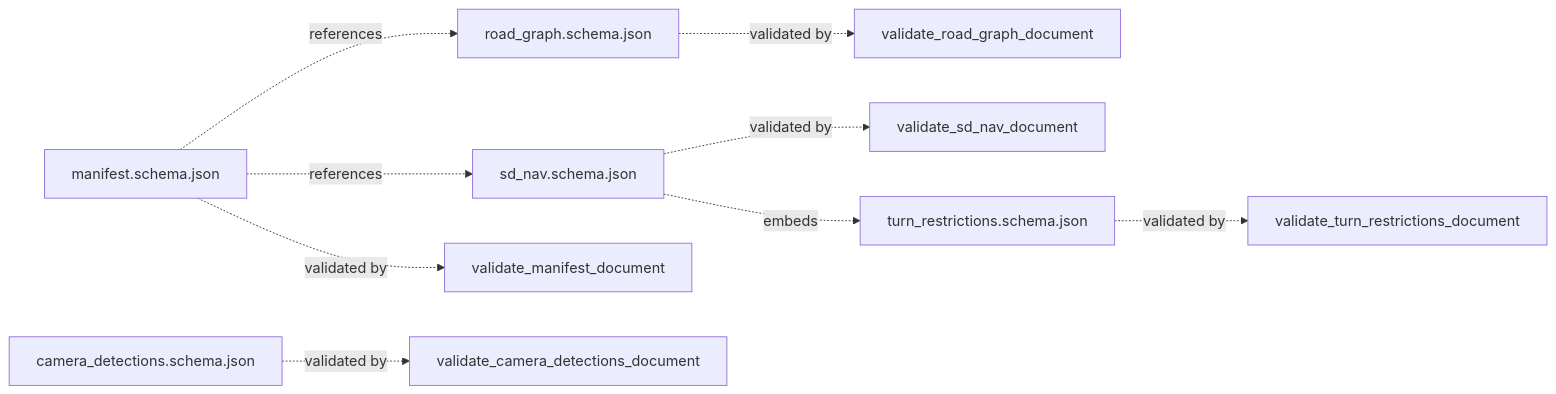
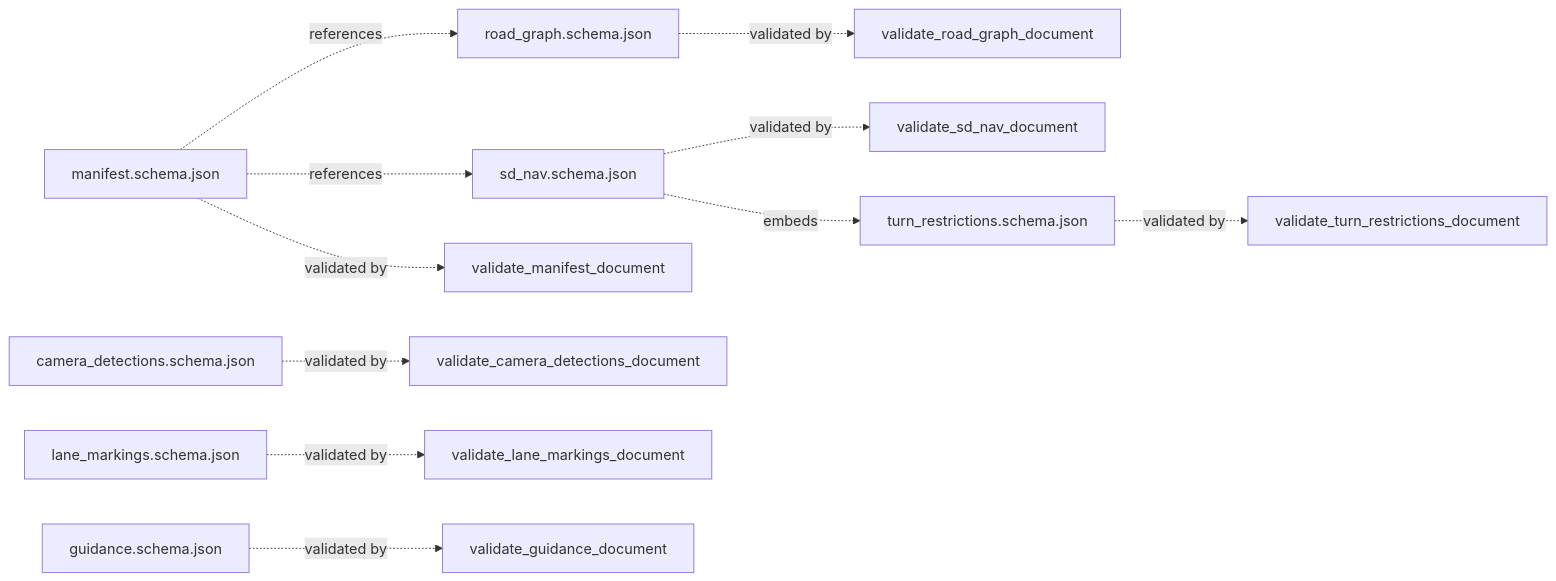
The fourth of 6 diagrams in docs/ARCHITECTURE.md (rsasaki0109/roadgraph_builder), drawn with Mermaid before and after one commit. The commit also changed other lines of this file and 2 other files, not shown here.

First line of the commit message:
docs: sync PLAN + ARCHITECTURE + README to post-0.5.0 state

````diff
--- a/docs/ARCHITECTURE.md
+++ b/docs/ARCHITECTURE.md
@@ -245,12 +254,14 @@
 ```mermaid
 flowchart LR
     RG[road_graph.schema.json] -.validated by.-> vRG[validate_road_graph_document]
     SDN[sd_nav.schema.json] -.validated by.-> vSDN[validate_sd_nav_document]
     MF[manifest.schema.json] -.validated by.-> vMF[validate_manifest_document]
     CD[camera_detections.schema.json] -.validated by.-> vCD[validate_camera_detections_document]
     TR[turn_restrictions.schema.json] -.validated by.-> vTR[validate_turn_restrictions_document]
+    LM[lane_markings.schema.json] -.validated by.-> vLM[validate_lane_markings_document]
+    GD[guidance.schema.json] -.validated by.-> vGD[validate_guidance_document]
 
     SDN -.embeds.-> TR
     MF -.references.-> RG
     MF -.references.-> SDN
 ```
````
